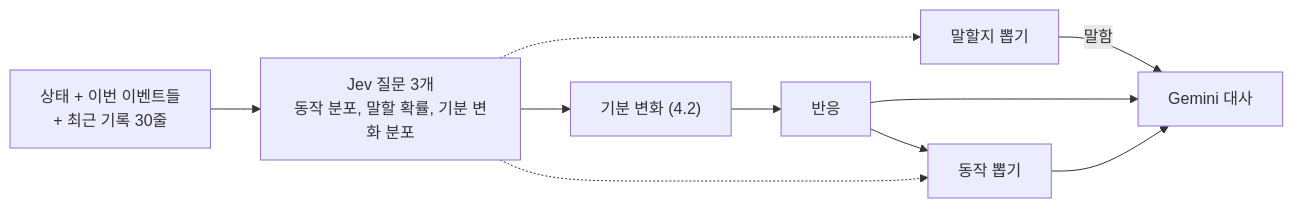
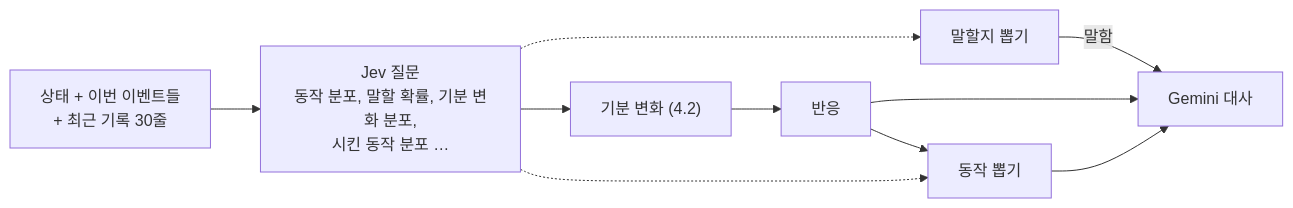
The fourth of 8 diagrams in ARCHITECTURE.md (HEOSEONGILml/AssistantChatBot), drawn with Mermaid before and after one commit. The commit also changed other lines of this file and 18 other files, not shown here.

````diff
--- a/ARCHITECTURE.md
+++ b/ARCHITECTURE.md
@@ -189,12 +189,12 @@
 ```mermaid
 flowchart LR
-  IN["상태 + 이번 이벤트들<br>+ 최근 기록 30줄"] --> JEV["Jev 질문 3개<br>동작 분포, 말할 확률, 기분 변화 분포"]
+  IN["상태 + 이번 이벤트들<br>+ 최근 기록 30줄"] --> JEV["Jev 질문<br>동작 분포, 말할 확률, 기분 변화 분포,<br>시킨 동작 분포 …"]
   JEV --> DM["기분 변화 (4.2)"]
   DM --> R["반응"]
   R --> A["동작 뽑기"]
   JEV -.-> A
   JEV -.-> S["말할지 뽑기"]
   S -->|"말함"| U["Gemini 대사"]
   R --> U
   A --> U
 ```
````
